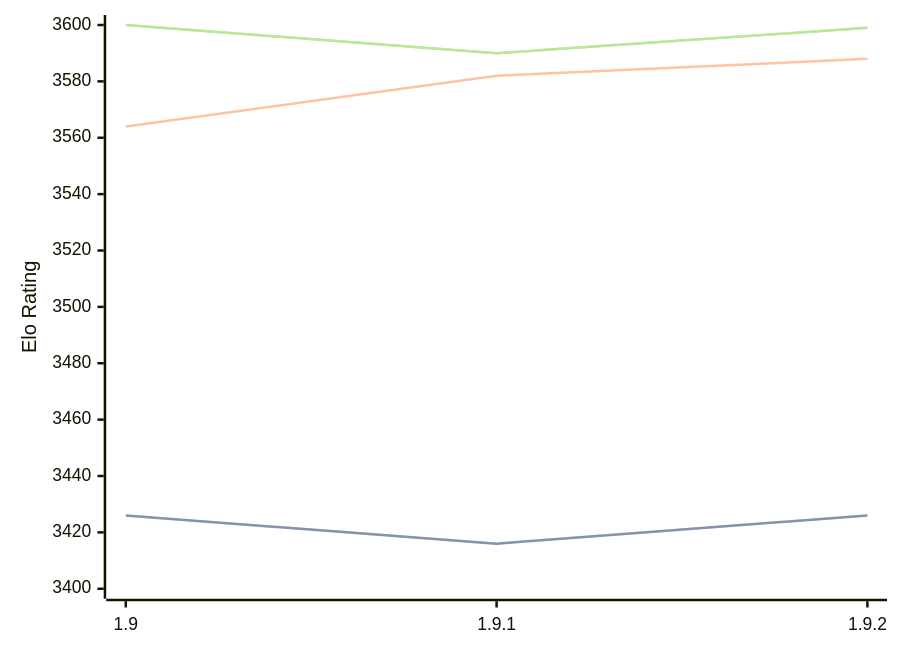
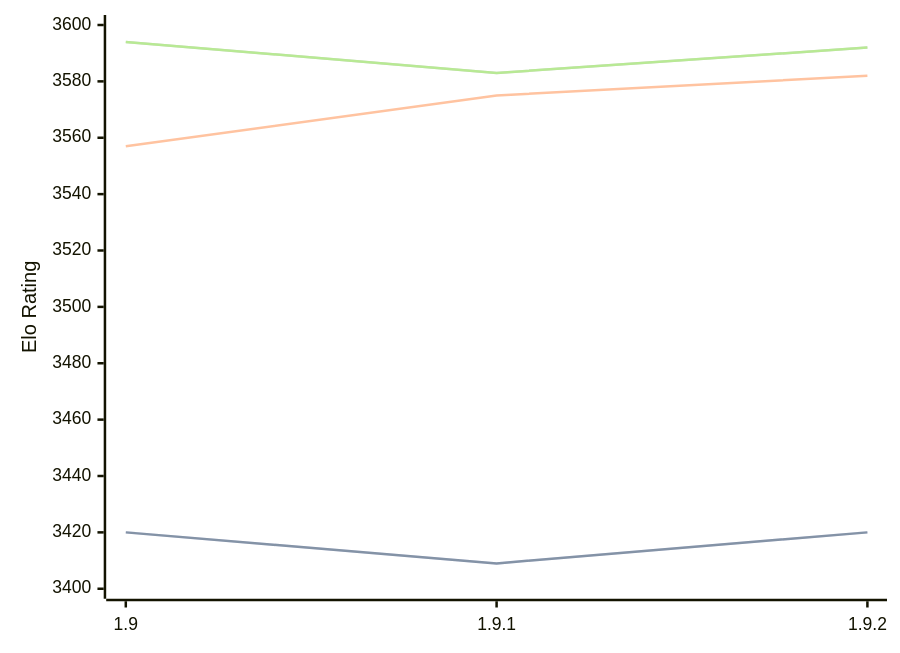
The diagram in engines/Pawnocchio.md (computer-chess-index/cci), drawn with Mermaid before and after one commit. The commit also changed other lines of this file, not shown here.

Commit message:
Update CCI Ratings (ELO VLTC) - 2026-05-18

````diff
--- a/engines/Pawnocchio.md
+++ b/engines/Pawnocchio.md
@@ -48,11 +48,11 @@
 ```mermaid
 %%{init: {"theme":"base","themeVariables":{"seriesColors:['#a3a3a3','#222221','#faa371']}}}%%
 xychart-beta
   x-axis ["1.9", "1.9.1", "1.9.2"]
   y-axis "Elo Rating" 3400 --> 3600
-  line "STC (8.0+0.08s)" [3426, 3416, 3426]
-  line "STC (8.0+0.08s)" [3426, 3416, 3426]
-  line "LTC (60.0+0.60s)" [3564, 3582, 3588]
-  line "VLTC (2m24s+1.12s)" [3600, 3590, 3599]
-  line "VLTC (2m24s+1.12s)" [3600, 3590, 3599]
+  line "STC (8.0+0.08s)" [3420, 3409, 3420]
+  line "STC (8.0+0.08s)" [3420, 3409, 3420]
+  line "LTC (60.0+0.60s)" [3557, 3575, 3582]
+  line "VLTC (2m24s+1.12s)" [3594, 3583, 3592]
+  line "VLTC (2m24s+1.12s)" [3594, 3583, 3592]
 ```
````
